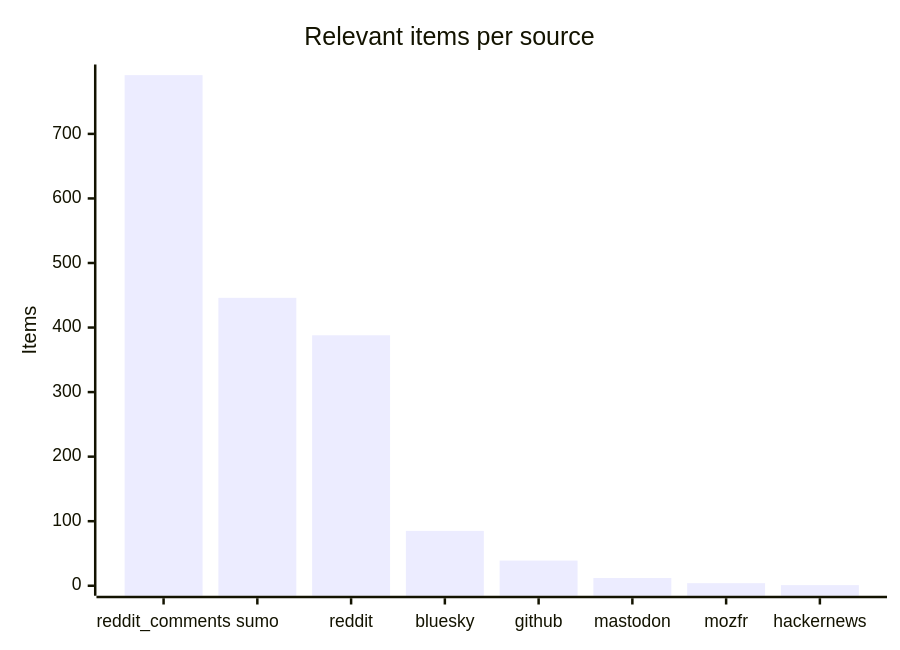
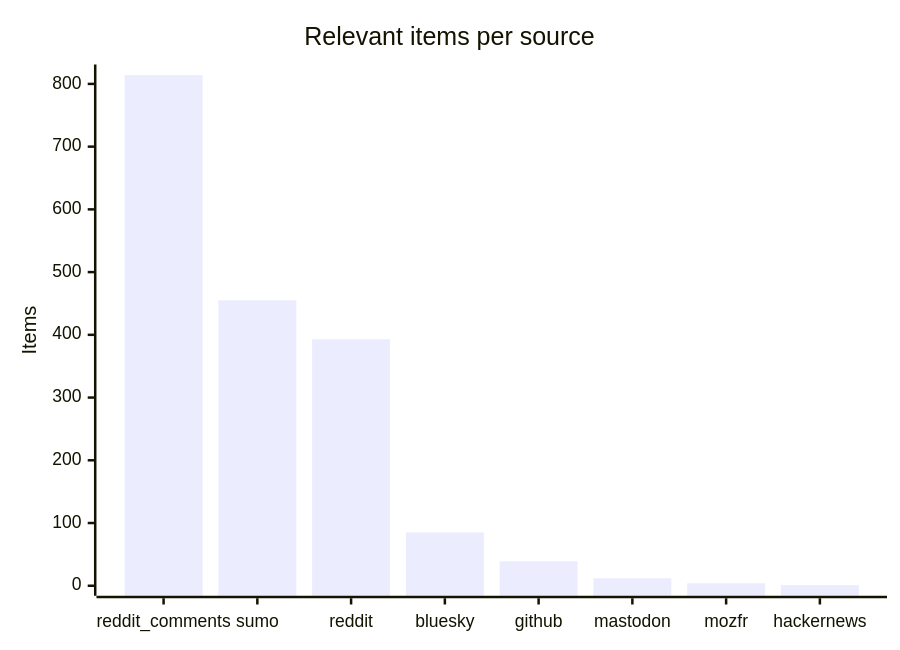
Before and after one commit to martinbalfanz/social-scanner-reports: the third of 4 diagrams in README.md, drawn with Mermaid. The commit also changed other lines of this file and 4 other files, not shown here.

````diff
--- a/README.md
+++ b/README.md
@@ -48,7 +48,7 @@
 ```mermaid
 xychart-beta
     title "Relevant items per source"
     x-axis ["reddit_comments", "sumo", "reddit", "bluesky", "github", "mastodon", "mozfr", "hackernews"]
-    y-axis "Items" 0 --> 792
-    bar [791, 446, 388, 85, 39, 12, 4, 1]
+    y-axis "Items" 0 --> 815
+    bar [814, 455, 393, 85, 39, 12, 4, 1]
 ```
````
